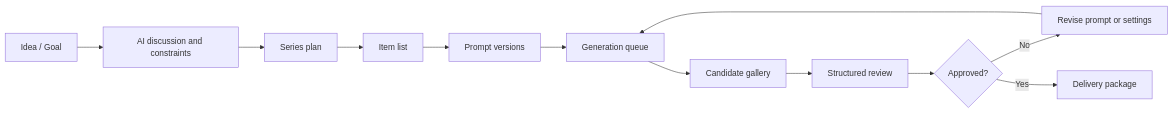
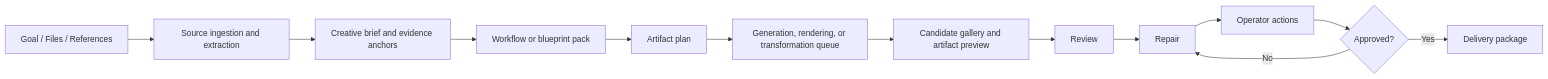
Before and after one commit to sciman-top/ai-content-delivery-studio: the first of 2 diagrams in docs/PRODUCT_DESIGN.md, drawn with Mermaid. The commit also changed other lines of this file and 6 other files, not shown here.

Commit message:
Expand docs for multimodal delivery and pack-driven UI

````diff
--- a/docs/PRODUCT_DESIGN.md
+++ b/docs/PRODUCT_DESIGN.md
@@ -13,14 +15,15 @@
 ```mermaid
 flowchart LR
-    A["Idea / Goal"] --> B["AI discussion and constraints"]
-    B --> C["Series plan"]
-    C --> D["Item list"]
-    D --> E["Prompt versions"]
-    E --> F["Generation queue"]
-    F --> G["Candidate gallery"]
-    G --> H["Structured review"]
-    H --> I{"Approved?"}
-    I -->|No| J["Revise prompt or settings"]
-    J --> F
-    I -->|Yes| K["Delivery package"]
+    A["Goal / Files / References"] --> B["Source ingestion and extraction"]
+    B --> C["Creative brief and evidence anchors"]
+    C --> D["Workflow or blueprint pack"]
+    D --> E["Artifact plan"]
+    E --> F["Generation, rendering, or transformation queue"]
+    F --> G["Candidate gallery and artifact preview"]
+    G --> H["Review"]
+    H --> I["Repair"]
+    I --> J["Operator actions"]
+    J --> K{"Approved?"}
+    K -->|No| I
+    K -->|Yes| L["Delivery package"]
 ```
````
